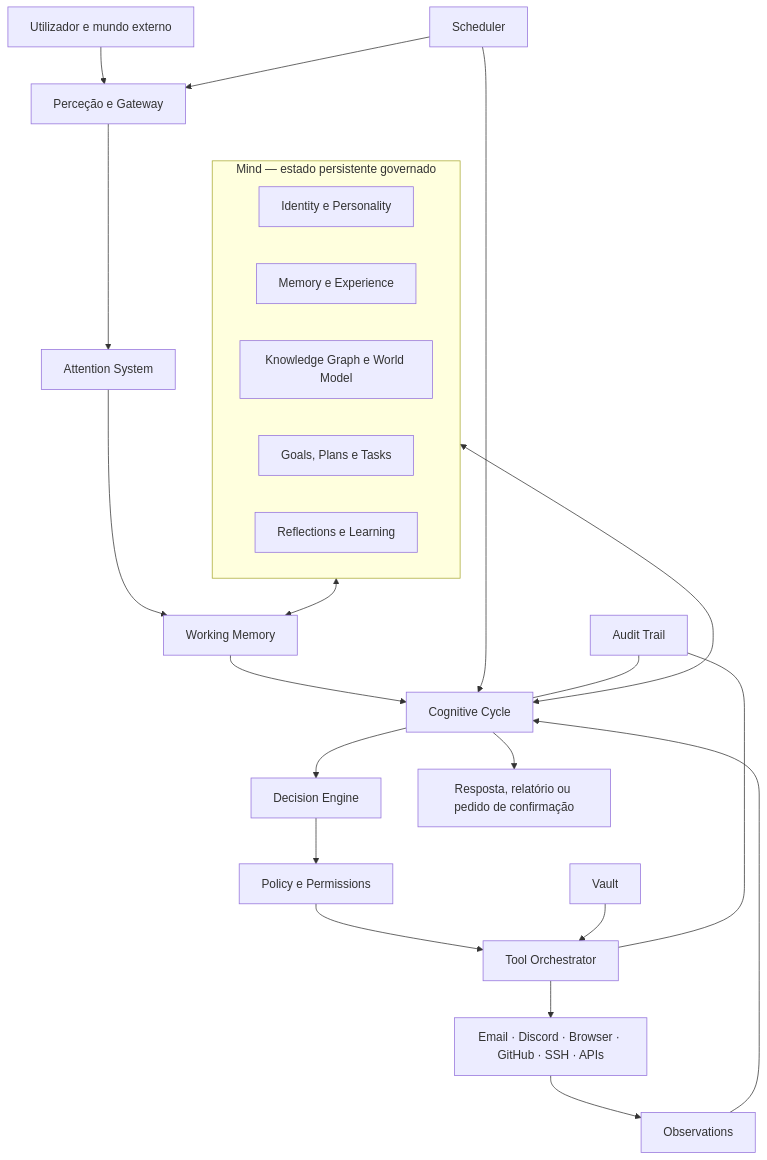
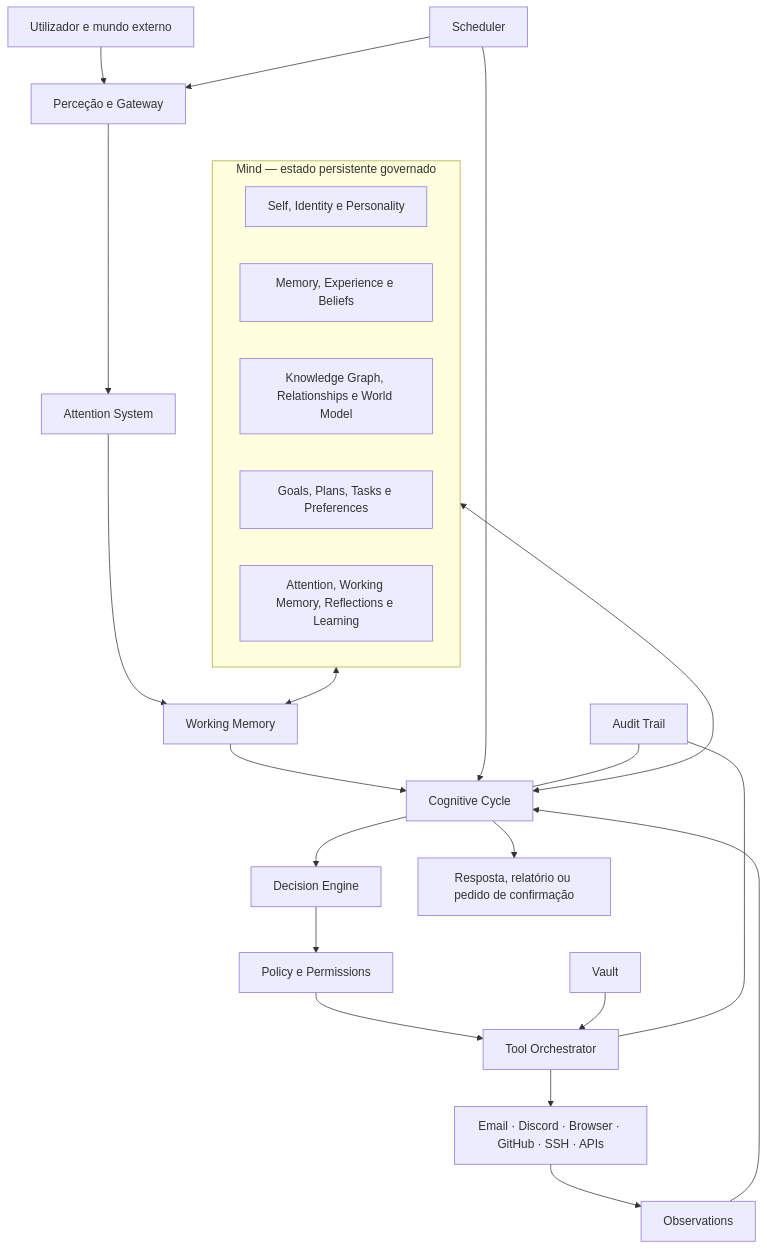
Before and after one commit to paulo16correia/AuroraOS: the diagram in outputs/010-mind-architecture-map.md, drawn with Mermaid. The commit also changed other lines of this file and 10 other files, not shown here.

````diff
--- a/outputs/010-mind-architecture-map.md
+++ b/outputs/010-mind-architecture-map.md
@@ -11,28 +13,28 @@
 ```mermaid
 flowchart TB
   U[Utilizador e mundo externo] --> P[Perceção e Gateway]
   P --> A[Attention System]
   A --> WM[Working Memory]
   WM --> CC[Cognitive Cycle]
   subgraph M[Mind — estado persistente governado]
-    I[Identity e Personality]
-    ME[Memory e Experience]
-    K[Knowledge Graph e World Model]
-    G[Goals, Plans e Tasks]
-    R[Reflections e Learning]
+    I[Self, Identity e Personality]
+    ME[Memory, Experience e Beliefs]
+    K[Knowledge Graph, Relationships e World Model]
+    G[Goals, Plans, Tasks e Preferences]
+    R[Attention, Working Memory, Reflections e Learning]
   end
   M <--> WM
   M <--> CC
   CC --> DE[Decision Engine]
   DE --> POL[Policy e Permissions]
   POL --> TO[Tool Orchestrator]
   TO --> EW[Email · Discord · Browser · GitHub · SSH · APIs]
   EW --> O[Observations]
   O --> CC
   CC --> OUT[Resposta, relatório ou pedido de confirmação]
   SCH[Scheduler] --> P
   SCH --> CC
   VAULT[Vault] --> TO
   AUDIT[Audit Trail] --- CC
   AUDIT --- TO
 ```
````
